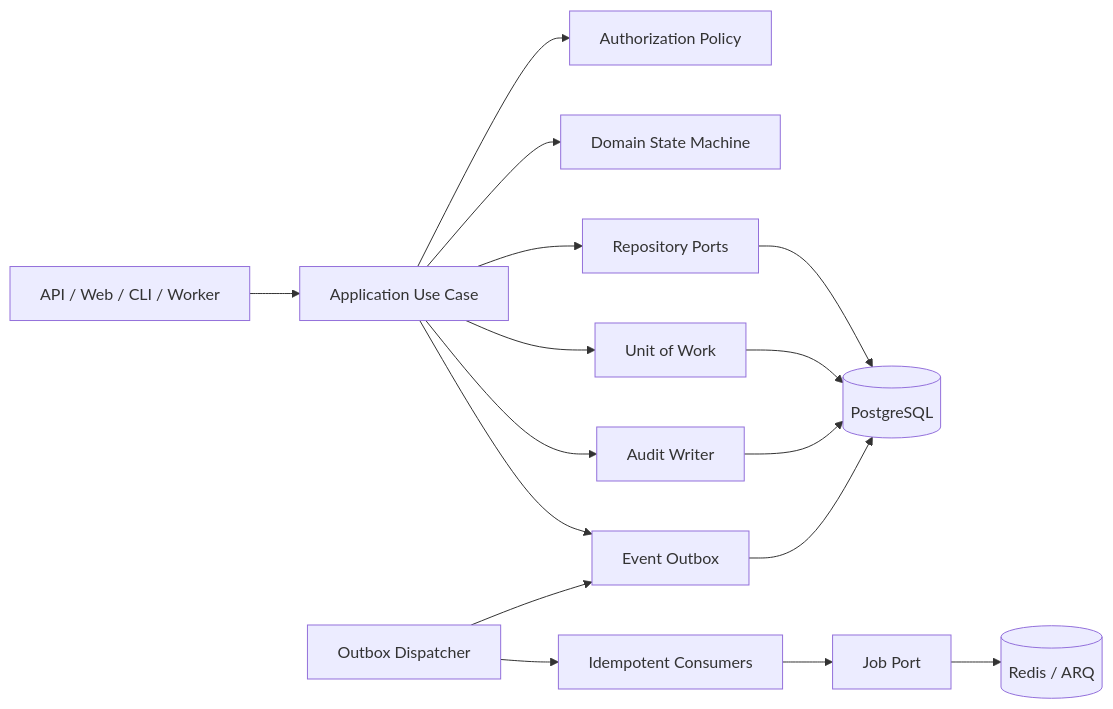
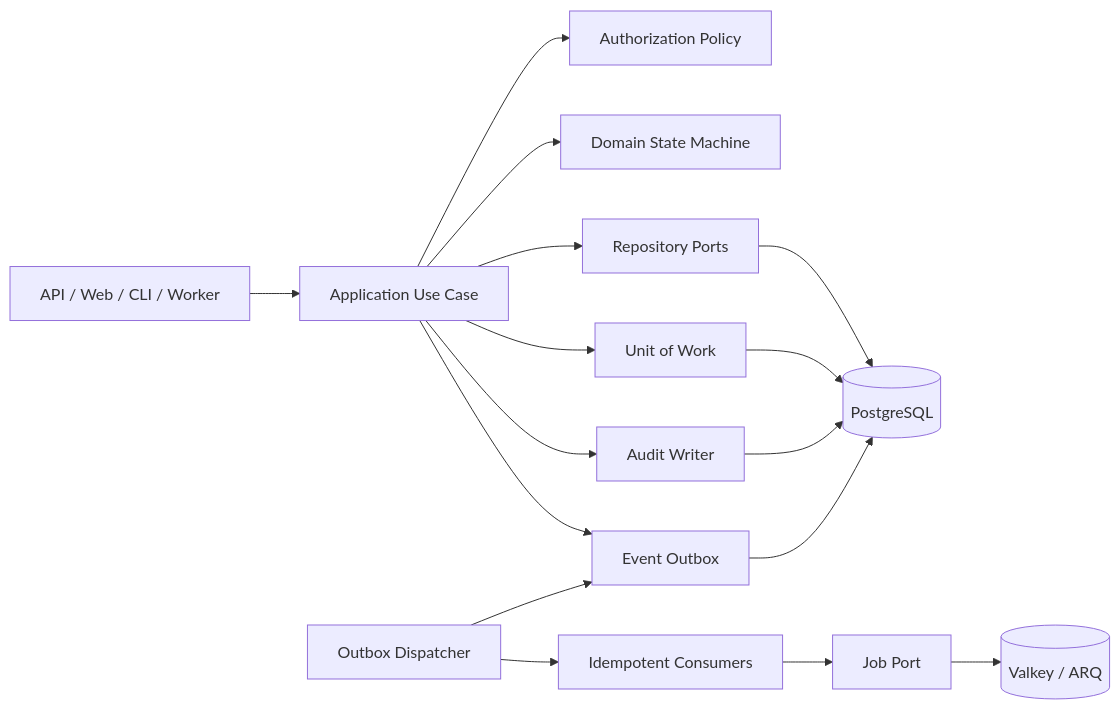
Before and after one commit to polyplay/lydianai_assurance_as_code: the first of 6 diagrams in docs/software_architecture.md, drawn with Mermaid. The commit also changed other lines of this file and 32 other files, not shown here.

First line of the commit message:
``` Add Apache-2.0 licensing and replace Redis with Valkey

````diff
--- a/docs/software_architecture.md
+++ b/docs/software_architecture.md
@@ -185,18 +185,18 @@
 ```mermaid
 flowchart LR
     API[API / Web / CLI / Worker] --> UC[Application Use Case]
     UC --> AUTH[Authorization Policy]
     UC --> DOM[Domain State Machine]
     UC --> PORTS[Repository Ports]
     UC --> UOW[Unit of Work]
     UC --> AUDIT[Audit Writer]
     UC --> OUTBOX[Event Outbox]
     PORTS --> PG[(PostgreSQL)]
     UOW --> PG
     AUDIT --> PG
     OUTBOX --> PG
     DISP[Outbox Dispatcher] --> OUTBOX
     DISP --> CONS[Idempotent Consumers]
     CONS --> JOBS[Job Port]
-    JOBS --> REDIS[(Redis / ARQ)]
+    JOBS --> REDIS[(Valkey / ARQ)]
 ```
````
